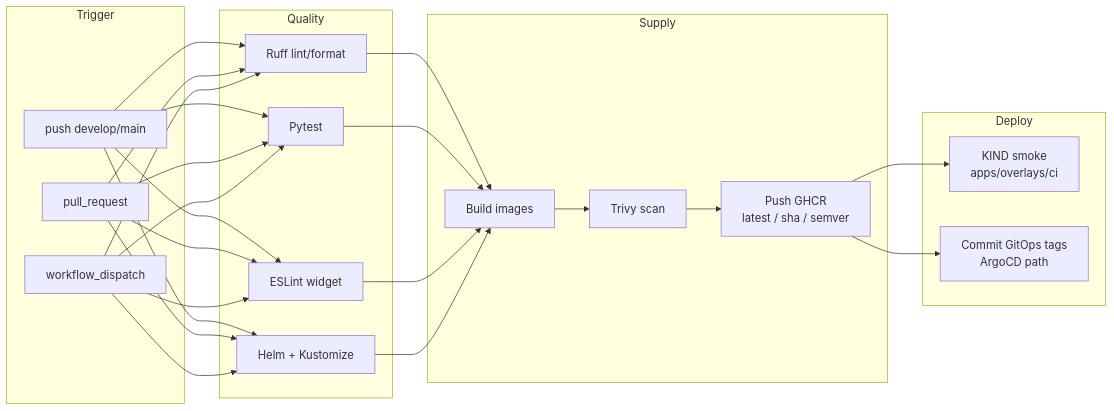
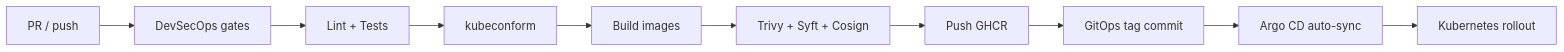
Before and after one commit to amaninsa/owasp-juiceshop-chatbot: the fourth of 7 diagrams in docs/architecture.md, drawn with Mermaid. The commit also changed other lines of this file and 129 other files, not shown here.

First line of the commit message:
feat(cicd): add enterprise GitOps CI/CD pipelines for GHCR and Argo CD

````diff
--- a/docs/architecture.md
+++ b/docs/architecture.md
@@ -91,32 +94,12 @@
 ```mermaid
 flowchart LR
-  subgraph Trigger
-    T1[push develop/main]
-    T2[pull_request]
-    T3[workflow_dispatch]
-  end
-
-  subgraph Quality
-    Q1[Ruff lint/format]
-    Q2[Pytest]
-    Q3[ESLint widget]
-    Q4[Helm + Kustomize]
-  end
-
-  subgraph Supply
-    B[Build images]
-    S[Trivy scan]
-    P[Push GHCR<br/>latest / sha / semver]
-  end
-
-  subgraph Deploy
-    K[KIND smoke<br/>apps/overlays/ci]
-    G[Commit GitOps tags<br/>ArgoCD path]
-  end
-
-  T1 & T2 & T3 --> Q1 & Q2 & Q3 & Q4
-  Q1 & Q2 & Q3 & Q4 --> B
-  B --> S --> P
-  P --> K
-  P --> G
+  PR[PR / push] --> SEC[DevSecOps gates]
+  SEC --> QT[Lint + Tests]
+  QT --> KQ[kubeconform]
+  KQ --> IMG[Build images]
+  IMG --> SCAN[Trivy + Syft + Cosign]
+  SCAN --> REG[Push GHCR]
+  REG --> TAG[GitOps tag commit]
+  TAG --> SYNC[Argo CD auto-sync]
+  SYNC --> ROLL[Kubernetes rollout]
 ```
````
